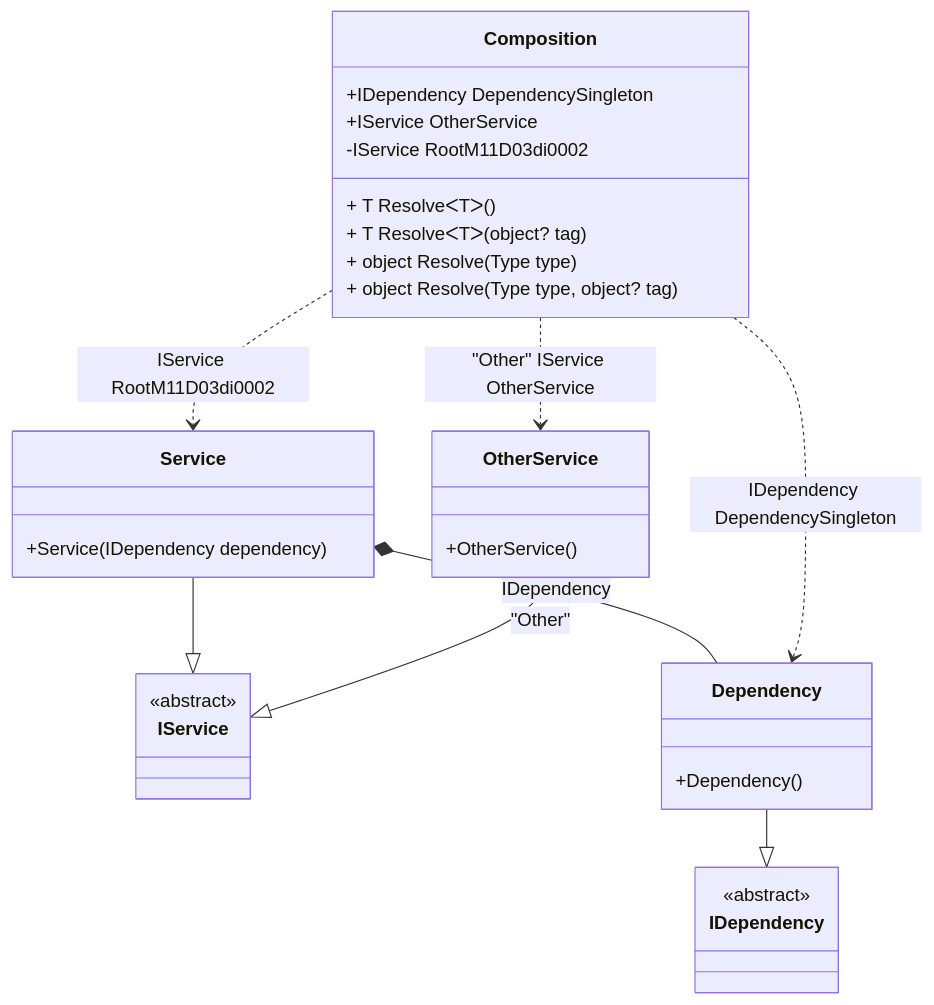
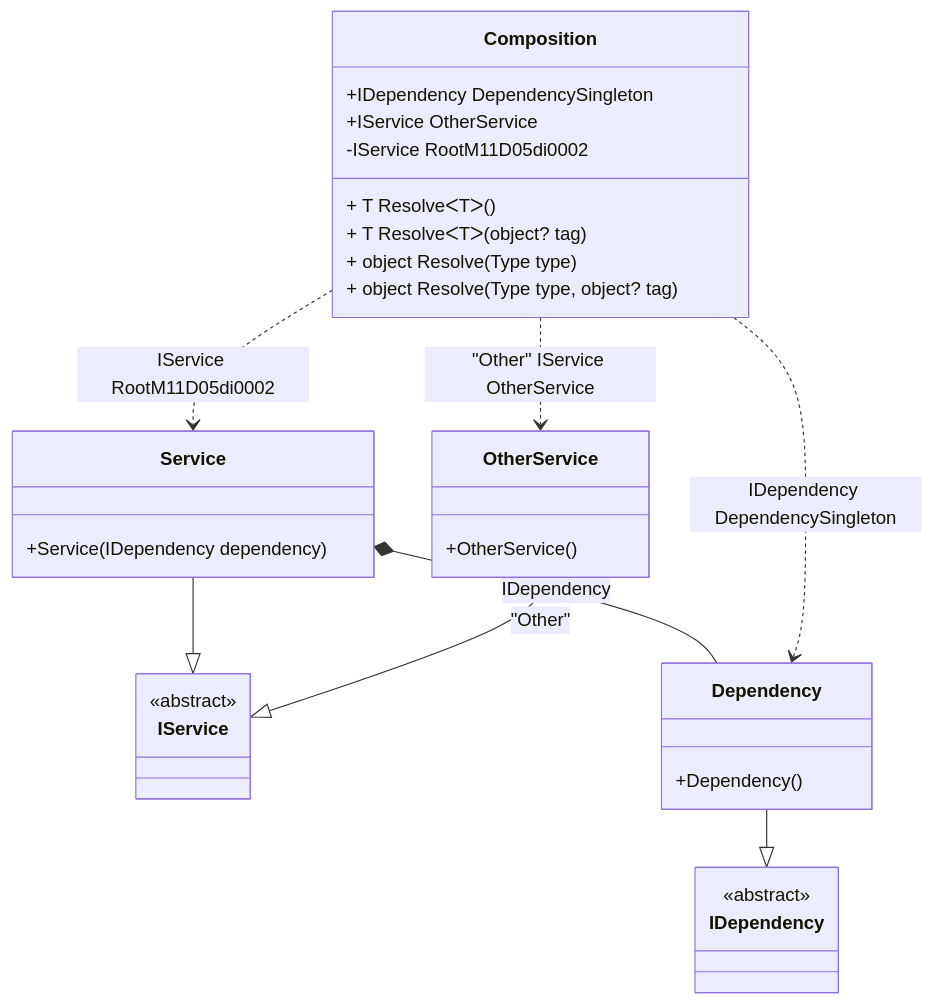
The diagram in readme/resolve-methods.md (DevTeam/Pure.DI), drawn with Mermaid before and after one commit. The commit also changed other lines of this file and 72 other files, not shown here.

````diff
--- a/readme/resolve-methods.md
+++ b/readme/resolve-methods.md
@@ -47,34 +47,34 @@
 ```mermaid
 classDiagram
   class Composition {
     +IDependency DependencySingleton
     +IService OtherService
-    -IService RootM11D03di0002
+    -IService RootM11D05di0002
     + T ResolveᐸTᐳ()
     + T ResolveᐸTᐳ(object? tag)
     + object Resolve(Type type)
     + object Resolve(Type type, object? tag)
   }
   Service --|> IService : 
   class Service {
     +Service(IDependency dependency)
   }
   Dependency --|> IDependency : 
   class Dependency {
     +Dependency()
   }
   OtherService --|> IService : "Other" 
   class OtherService {
     +OtherService()
   }
   class IService {
     <<abstract>>
   }
   class IDependency {
     <<abstract>>
   }
   Service *--  Dependency : IDependency
   Composition ..> Dependency : IDependency DependencySingleton
-  Composition ..> Service : IService RootM11D03di0002
+  Composition ..> Service : IService RootM11D05di0002
   Composition ..> OtherService : "Other" IService OtherService
 ```
````
